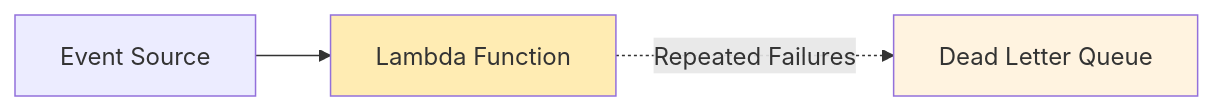
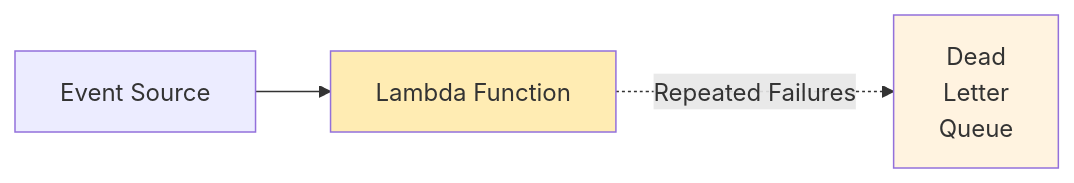
The seventh of 8 diagrams in 1.6_fault_tolerance/circuit_breakers.md (razkevich/system_design_course), drawn with Mermaid before and after one commit. The commit also changed other lines of this file and 2 other files, not shown here.

````diff
--- a/1.6_fault_tolerance/circuit_breakers.md
+++ b/1.6_fault_tolerance/circuit_breakers.md
@@ -165,11 +165,11 @@
 ```mermaid
 graph LR
     E[Event Source] --> L[Lambda Function]
-    L -.->|Repeated Failures| DLQ[Dead Letter Queue]
+    L -.->|Repeated Failures| DLQ[Dead<br>Letter<br>Queue]
 
     
     style L fill:#ffecb3
 
     style DLQ fill:#fff3e0
 
 ```
````
